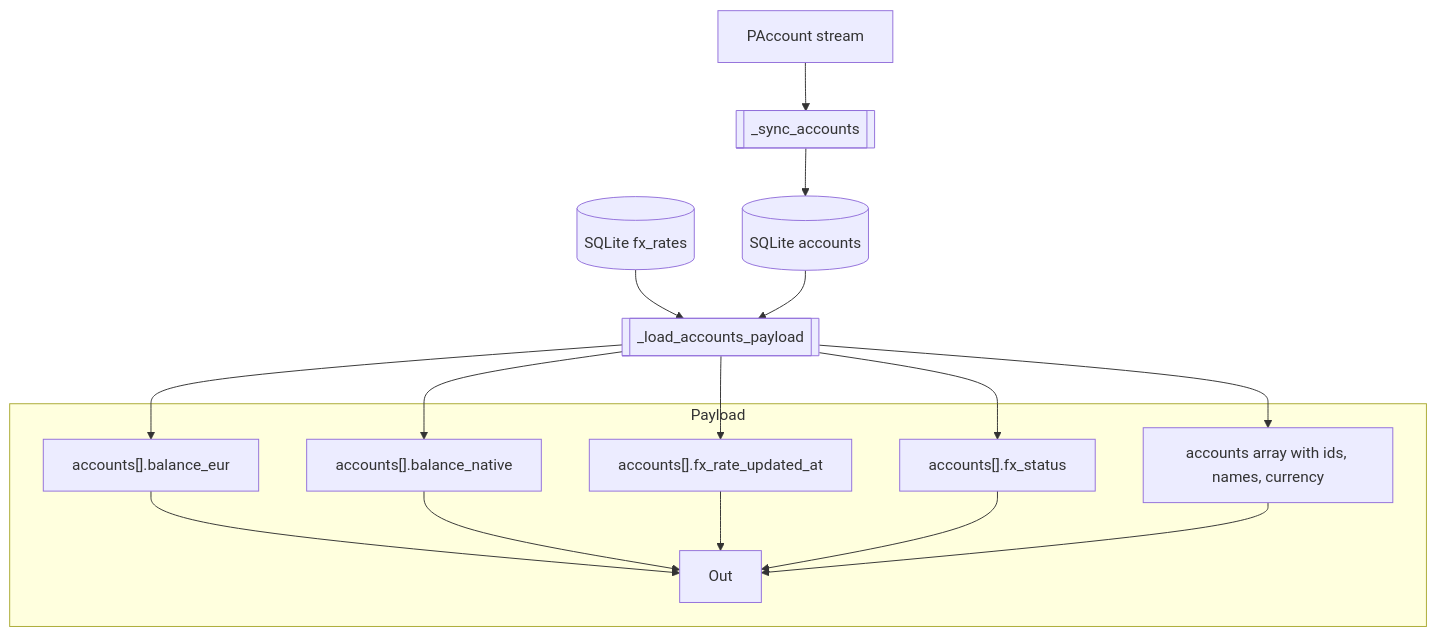
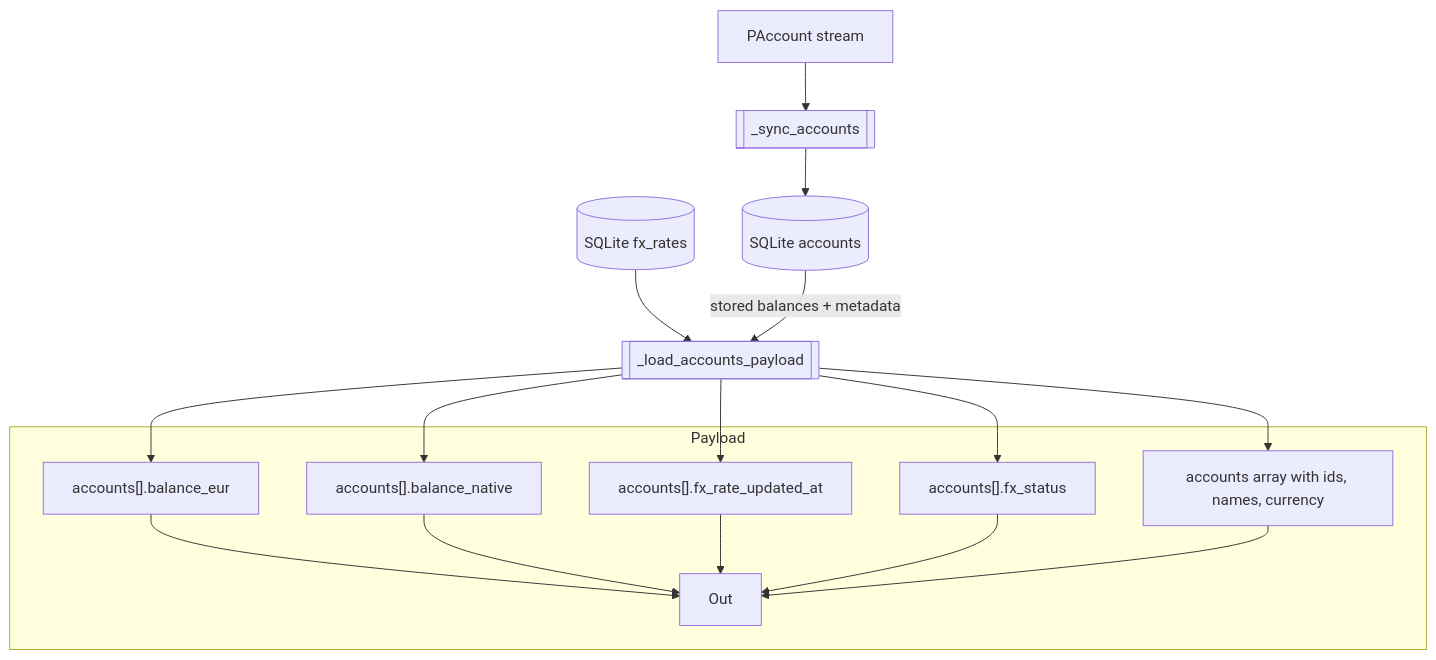
One commit to Freakandi/ha-pp-reader changed the second of 8 diagrams in datamodel/frontend-datamodel-visualizations.md. Above: the diagram before and after it, drawn with Mermaid. The commit also changed other lines of this file, not shown here.

Commit message:
Update frontend data model docs for new SQLite schema

````diff
--- a/datamodel/frontend-datamodel-visualizations.md
+++ b/datamodel/frontend-datamodel-visualizations.md
@@ -53,20 +51,20 @@
 ```mermaid
 flowchart TD
   Proto["PAccount stream"]
   Proto --> Sync[[_sync_accounts]]
   Sync --> DB[(SQLite accounts)]
   Rates[(SQLite fx_rates)] --> Loader[[_load_accounts_payload]]
-  DB --> Loader
+  DB -->|stored balances + metadata| Loader
   Loader --> Balance["accounts[].balance_eur"]
   Loader --> Native["accounts[].balance_native"]
   Loader --> FXDate["accounts[].fx_rate_updated_at"]
   Loader --> FXStatus["accounts[].fx_status"]
   Loader --> Identity["accounts array with ids, names, currency"]
   subgraph Payload
     Balance --> Out
     Native --> Out
     FXDate --> Out
     FXStatus --> Out
     Identity --> Out
   end
 ```
````
